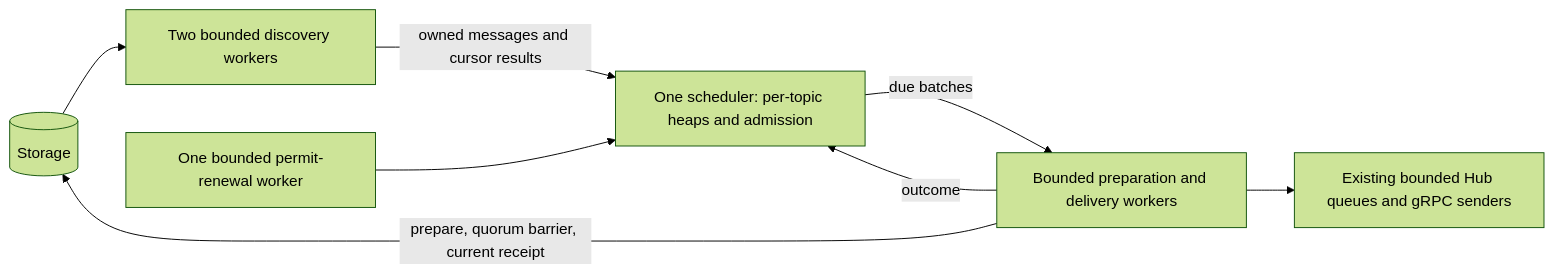
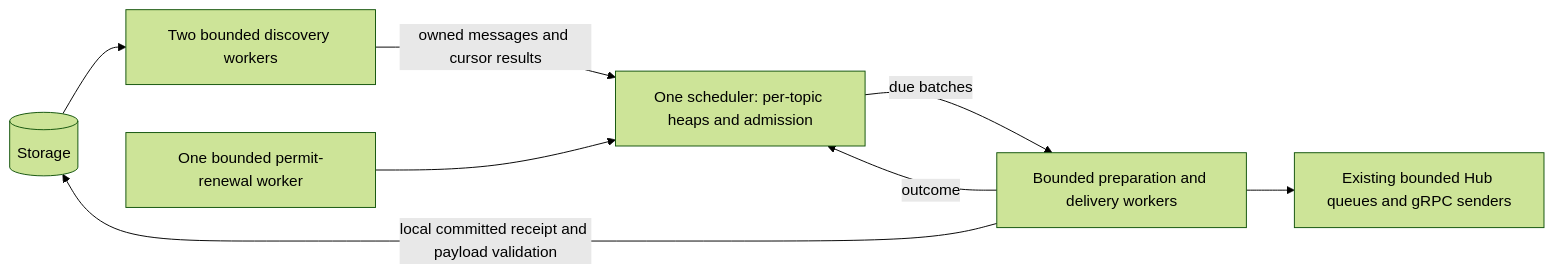
The diagram in docs/heap-scheduler.md (futureq-io/futureq), drawn with Mermaid (forest theme) before and after one commit. The commit also changed other lines of this file and 45 other files, not shown here.

````diff
--- a/docs/heap-scheduler.md
+++ b/docs/heap-scheduler.md
@@ -10,10 +11,10 @@
 ```mermaid
 flowchart LR
   DB[(Storage)] --> D[Two bounded discovery workers]
   D -->|owned messages and cursor results| S[One scheduler: per-topic heaps and admission]
   S -->|due batches| P[Bounded preparation and delivery workers]
   P -->|outcome| S
   P --> Q[Existing bounded Hub queues and gRPC senders]
   R[One bounded permit-renewal worker] --> S
-  P -->|prepare, quorum barrier, current receipt| DB
+  P -->|local committed receipt and payload validation| DB
 ```
````
